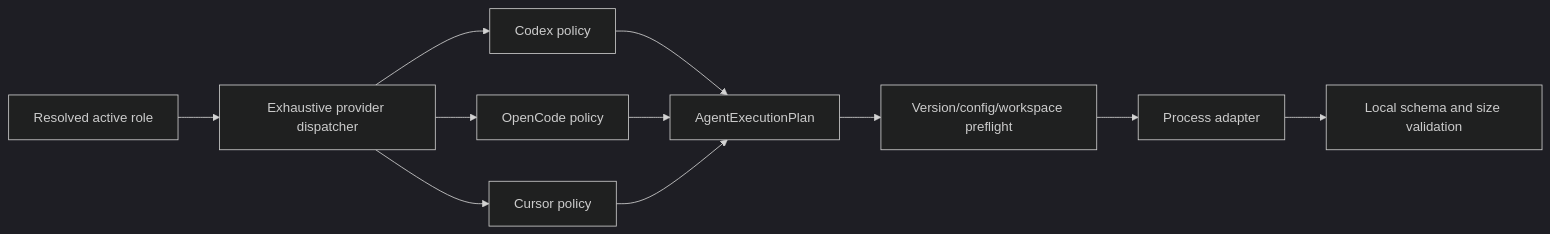
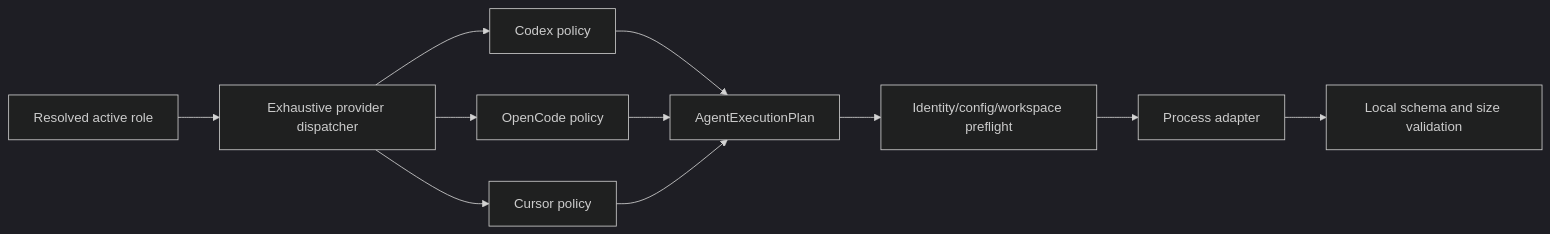
One commit to vypdev/copilot changed the diagram in specs/agent-execution-policy-hardening.md. Above: the diagram before and after it, drawn with Mermaid (dark theme). The commit also changed other lines of this file and 63 other files, not shown here.

````diff
--- a/specs/agent-execution-policy-hardening.md
+++ b/specs/agent-execution-policy-hardening.md
@@ -149,13 +150,13 @@
 ```mermaid
 flowchart LR
     R[Resolved active role] --> D[Exhaustive provider dispatcher]
     D --> C[Codex policy]
     D --> O[OpenCode policy]
     D --> U[Cursor policy]
     C --> P[AgentExecutionPlan]
     O --> P
     U --> P
-    P --> V[Version/config/workspace preflight]
+    P --> V[Identity/config/workspace preflight]
     V --> S[Process adapter]
     S --> X[Local schema and size validation]
 ```
````
